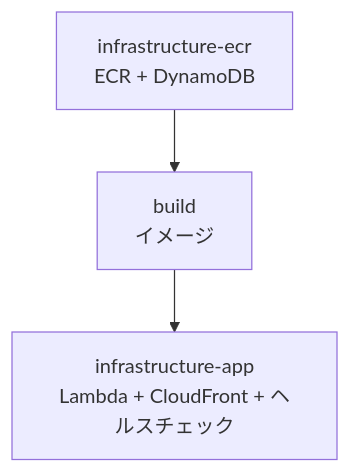
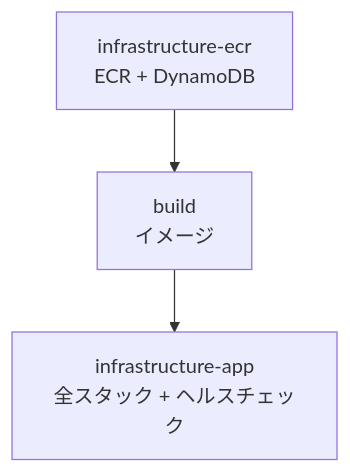
Before and after one commit to nagiyu/nagiyu-platform: the diagram in docs/services/share-together/specs/deploy.md, drawn with Mermaid. The commit also changed other lines of this file and 11 other files, not shown here.

````diff
--- a/docs/services/share-together/specs/deploy.md
+++ b/docs/services/share-together/specs/deploy.md
@@ -46,5 +46,5 @@
 ```mermaid
 flowchart TD
     A[infrastructure-ecr<br/>ECR + DynamoDB] --> B[build<br/>イメージ]
-    B --> C[infrastructure-app<br/>Lambda + CloudFront + ヘルスチェック]
+    B --> C[infrastructure-app<br/>全スタック + ヘルスチェック]
 ```
````
